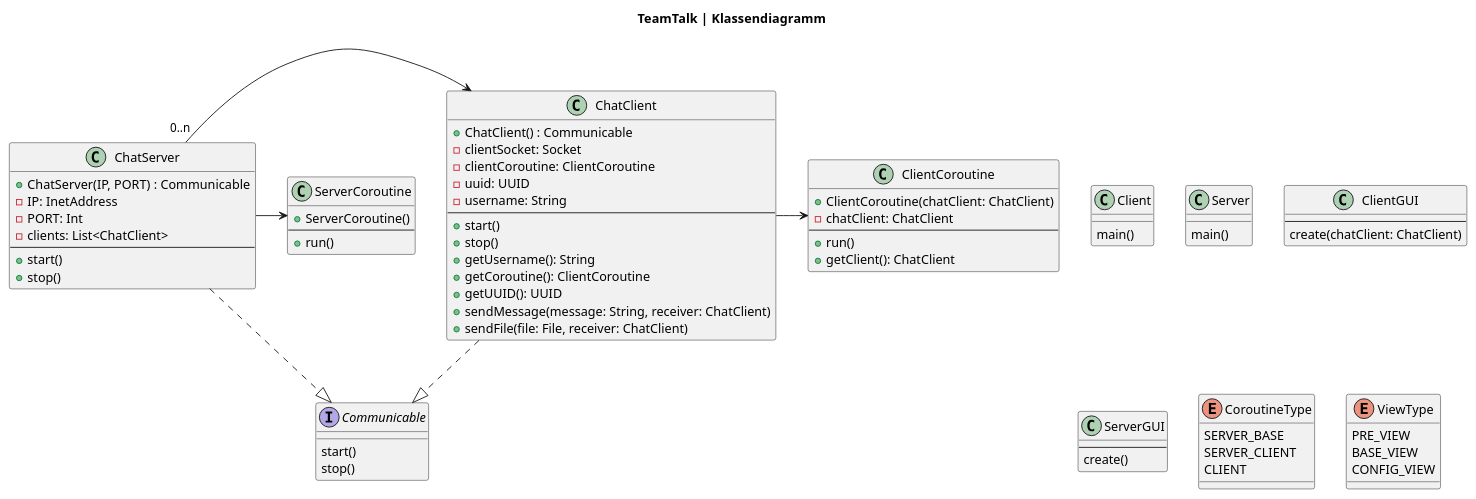
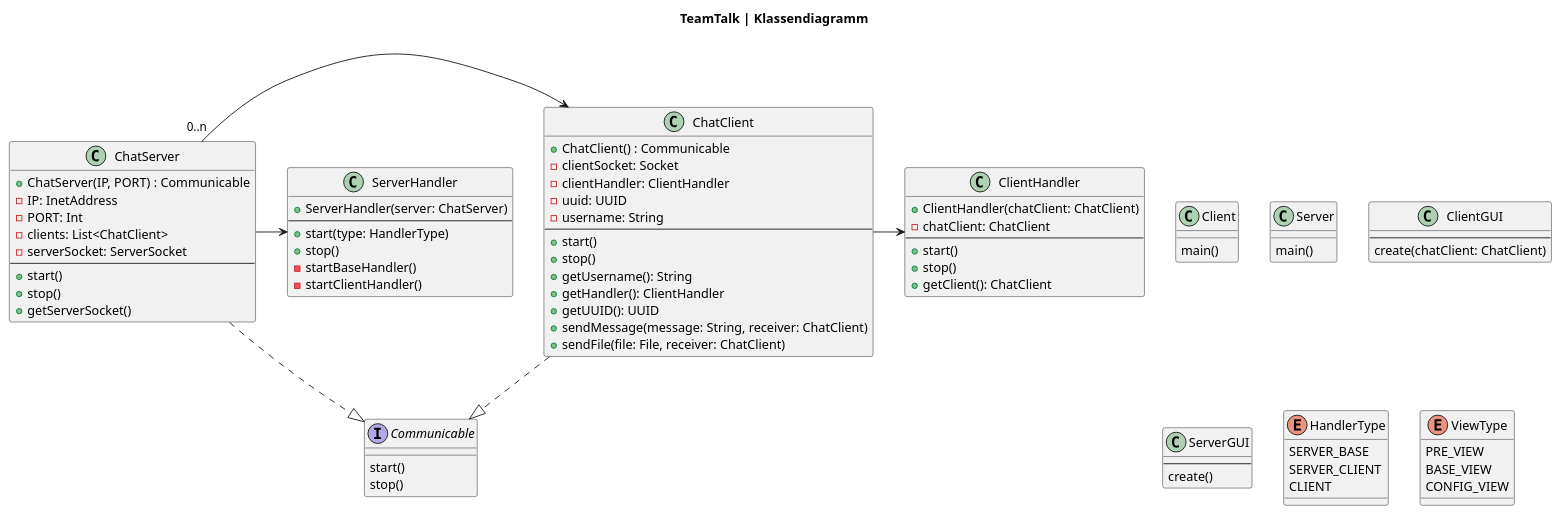
One commit to RaphiH18/TeamTalk changed the diagram in doc/teamtalk_classes.puml. Above: the diagram before and after it, drawn with PlantUML. The commit also changed 11 other files, not shown here.

Commit message:
Modified UML-diagram Added classes

```diff
--- a/doc/teamtalk_classes.puml
+++ b/doc/teamtalk_classes.puml
@@ -1,85 +1,91 @@
 @startuml
 title TeamTalk | Klassendiagramm
 
 class Client {
     main()
 }
 
 class Server {
     main()
 }
 
 class ClientGUI {
     --
     create(chatClient: ChatClient)
 }
 
 class ServerGUI {
     --
     create()
 }
 
 class ChatClient {
     +ChatClient() : Communicable
     -clientSocket: Socket
-    -clientCoroutine: ClientCoroutine
+    -clientHandler: ClientHandler
     -uuid: UUID
     -username: String
     --
     +start()
     +stop()
     +getUsername(): String
-    +getCoroutine(): ClientCoroutine
+    +getHandler(): ClientHandler
     +getUUID(): UUID
     +sendMessage(message: String, receiver: ChatClient)
     +sendFile(file: File, receiver: ChatClient)
 }
 
-class ClientCoroutine {
-    +ClientCoroutine(chatClient: ChatClient)
+class ClientHandler {
+    +ClientHandler(chatClient: ChatClient)
     -chatClient: ChatClient
     --
-    +run()
+    +start()
+    +stop()
     +getClient(): ChatClient
 }
 
 class ChatServer {
     +ChatServer(IP, PORT) : Communicable
     -IP: InetAddress
     -PORT: Int
     -clients: List<ChatClient>
+    -serverSocket: ServerSocket
     --
     +start()
     +stop()
+    +getServerSocket()
 }
 
-class ServerCoroutine {
-    +ServerCoroutine()
+class ServerHandler {
+    +ServerHandler(server: ChatServer)
     --
-    +run()
+    +start(type: HandlerType)
+    +stop()
+    -startBaseHandler()
+    -startClientHandler()
 }
 
 interface Communicable {
     start()
     stop()
 }
 
-enum CoroutineType {
+enum HandlerType {
     SERVER_BASE
     SERVER_CLIENT
     CLIENT
 }
 
 enum ViewType {
     PRE_VIEW
     BASE_VIEW
     CONFIG_VIEW
 }
 
 ChatClient -[dashed]-|> Communicable
 ChatServer -[dashed]-|> Communicable
 ChatServer "0..n" -> ChatClient
-ChatClient -> ClientCoroutine
-ChatServer -> ServerCoroutine
+ChatClient -> ClientHandler
+ChatServer -> ServerHandler
 
 @enduml
```
